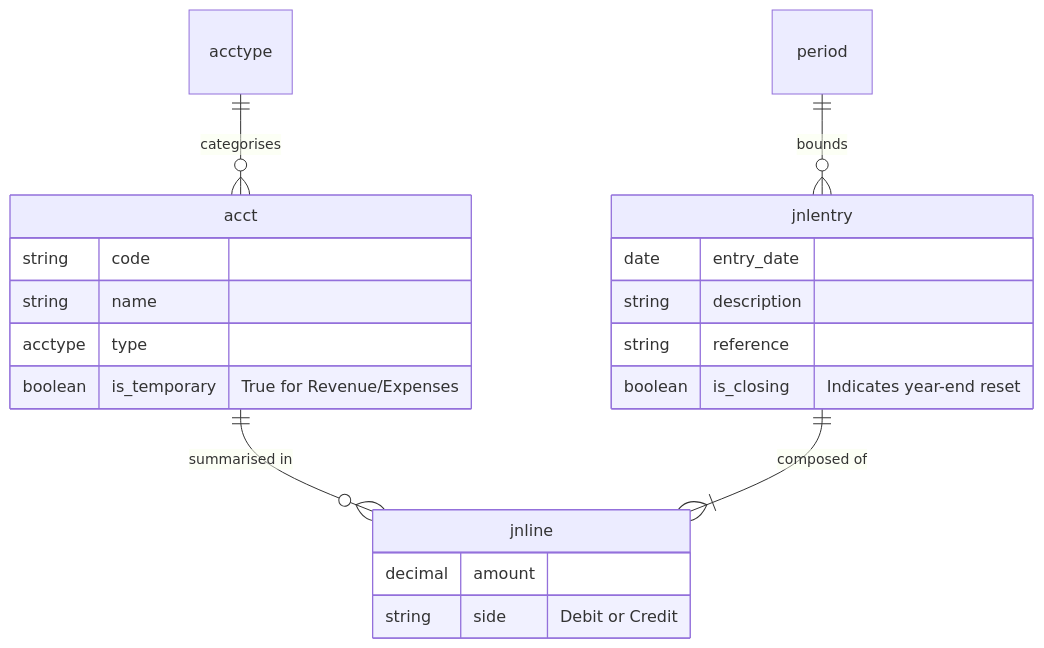
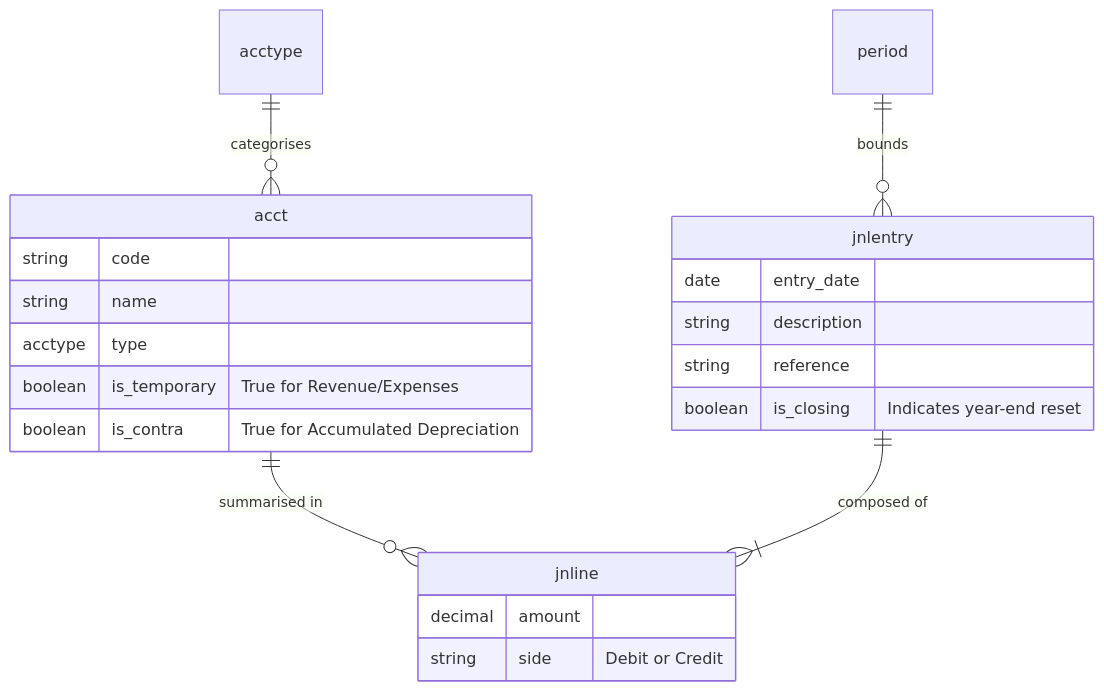
Before and after one commit to paulwizviz/debk: the first of 2 diagrams in docs/model.md, drawn with Mermaid. The commit also changed other lines of this file and 1 other file, not shown here.

````diff
--- a/docs/model.md
+++ b/docs/model.md
@@ -33,26 +35,27 @@
 ```mermaid
 erDiagram
     acct ||--o{ jnline : "summarised in"
     jnlentry ||--|{ jnline : "composed of"
     acctype ||--o{ acct : "categorises"
     period ||--o{ jnlentry : "bounds"
     
     acct {
         string code
         string name
         acctype type
         boolean is_temporary "True for Revenue/Expenses"
+        boolean is_contra "True for Accumulated Depreciation"
     }
 
     jnlentry {
         date entry_date
         string description
         string reference
         boolean is_closing "Indicates year-end reset"
     }
 
     jnline {
         decimal amount
         string side "Debit or Credit"
     }
 ```
````
